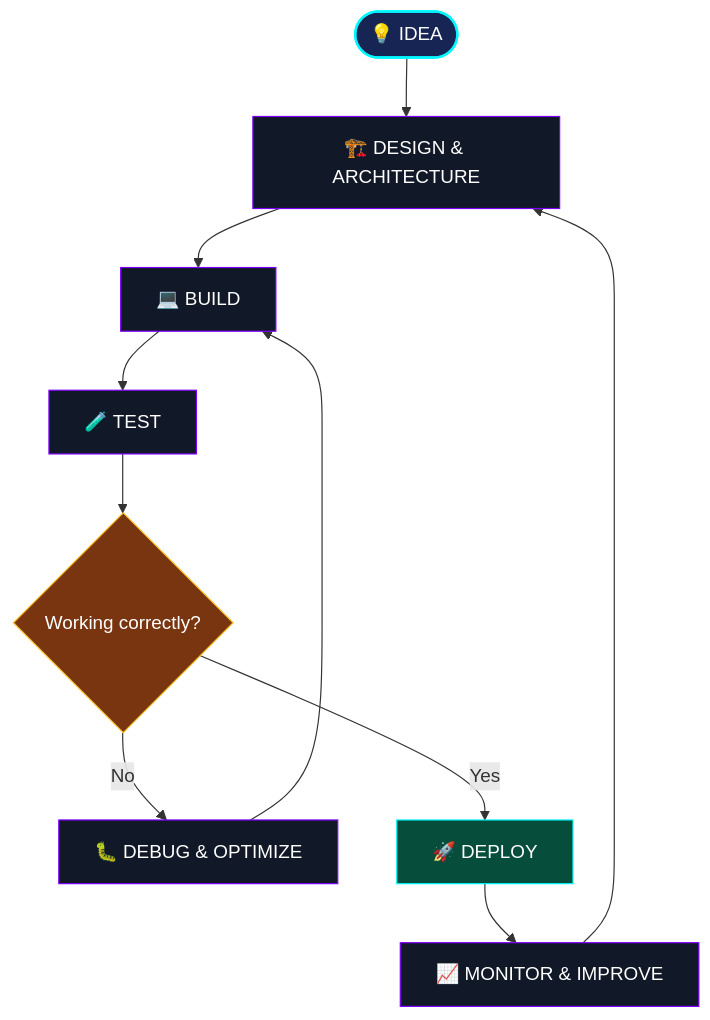
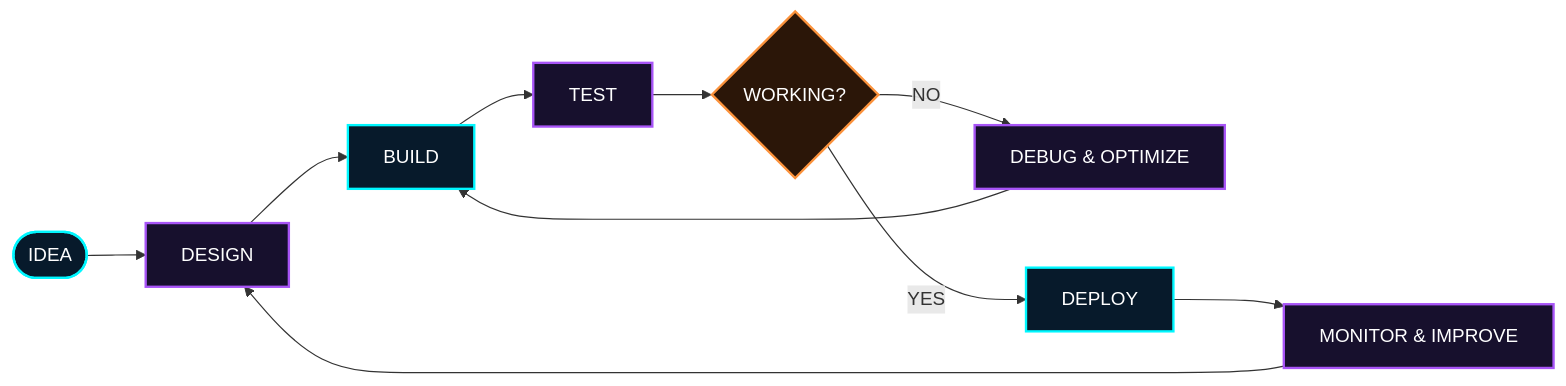
The diagram in README.md (PRINCE-TIWARI07/PRINCE-TIWARI07), drawn with Mermaid before and after one commit. The commit also changed other lines of this file, not shown here.

````diff
--- a/README.md
+++ b/README.md
@@ -206,22 +122,19 @@
 ```mermaid
-flowchart TD
-    A(["💡 IDEA"]) --> B["🏗️ DESIGN & ARCHITECTURE"]
-    B --> C["💻 BUILD"]
-    C --> D["🧪 TEST"]
-    D --> E{"Working correctly?"}
-    E -- No --> F["🐛 DEBUG & OPTIMIZE"]
+flowchart LR
+    A([IDEA]) --> B[DESIGN]
+    B --> C[BUILD]
+    C --> D[TEST]
+    D --> E{WORKING?}
+    E -- NO --> F[DEBUG & OPTIMIZE]
     F --> C
-    E -- Yes --> G["🚀 DEPLOY"]
-    G --> H["📈 MONITOR & IMPROVE"]
+    E -- YES --> G[DEPLOY]
+    G --> H[MONITOR & IMPROVE]
     H --> B
 
-    classDef idea fill:#172554,stroke:#00F7FF,color:#FFFFFF,stroke-width:2px
-    classDef process fill:#111827,stroke:#7F00FF,color:#FFFFFF
-    classDef decision fill:#78350F,stroke:#FBBF24,color:#FFFFFF
-    classDef success fill:#064E3B,stroke:#00F7FF,color:#FFFFFF
-
-    class A idea
-    class B,C,D,F,H process
-    class E decision
-    class G success
+    classDef cyan fill:#071a2b,stroke:#00f7ff,color:#ffffff,stroke-width:2px;
+    classDef purple fill:#17102d,stroke:#a855f7,color:#ffffff,stroke-width:2px;
+    classDef orange fill:#2b1608,stroke:#fb923c,color:#ffffff,stroke-width:2px;
+    class A,C,G cyan;
+    class B,D,F,H purple;
+    class E orange;
 ```
````
